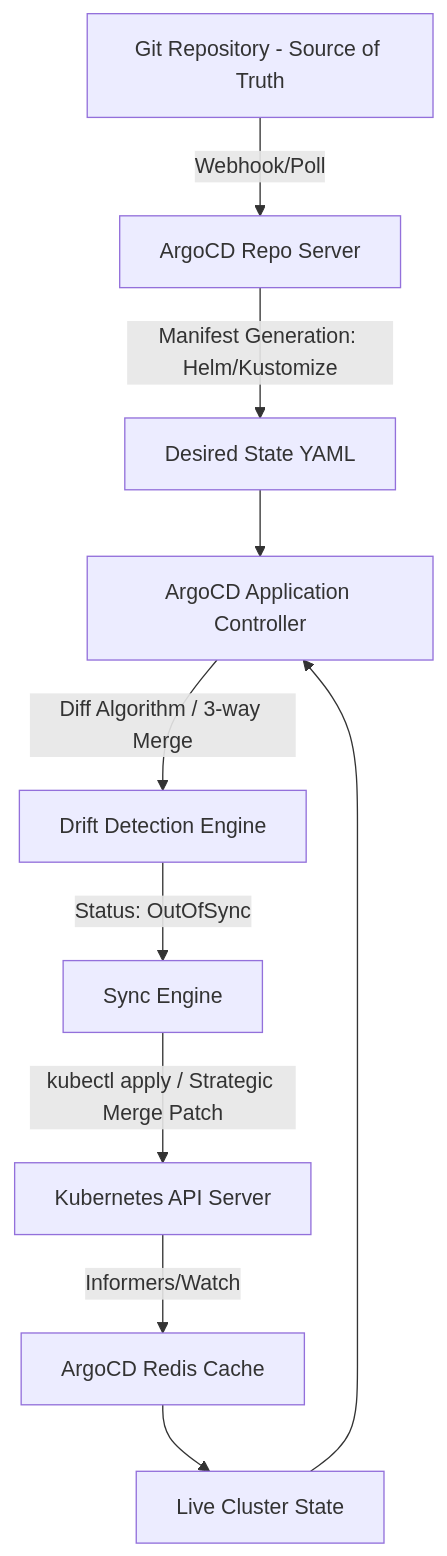
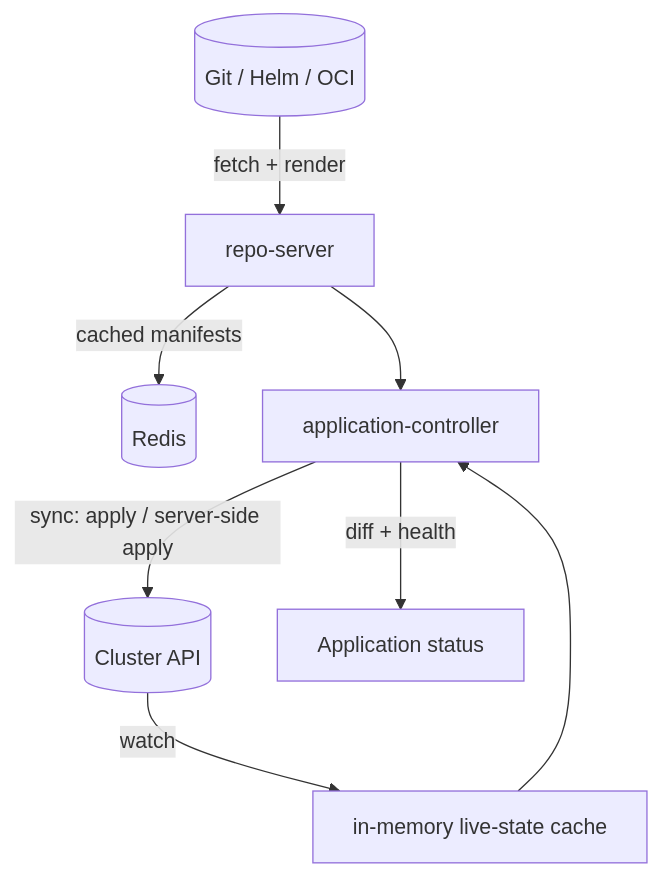
The diagram in skills/cloud-native/gitops/SKILL.md (j4flmao/agent-skills), drawn with Mermaid before and after one commit. The commit also changed other lines of this file and 1218 other files, not shown here.

````diff
--- a/skills/cloud-native/gitops/SKILL.md
+++ b/skills/cloud-native/gitops/SKILL.md
@@ -26,17 +50,10 @@
 ```mermaid
-%%{init: {"theme": "default", "flowchart": {"useMaxWidth": true}}}%%
 flowchart TD
-    GitRepo[Git Repository - Source of Truth] -->|Webhook/Poll| RepoServer[ArgoCD Repo Server]
-    RepoServer -->|Manifest Generation: Helm/Kustomize| DesiredState[Desired State YAML]
-    
-    K8sAPI[Kubernetes API Server] -->|Informers/Watch| RedisCache[ArgoCD Redis Cache]
-    RedisCache --> LiveState[Live Cluster State]
-    
-    DesiredState --> AppController[ArgoCD Application Controller]
-    LiveState --> AppController
-    
-    AppController -->|Diff Algorithm / 3-way Merge| DiffEngine[Drift Detection Engine]
-    DiffEngine -->|Status: OutOfSync| SyncEngine[Sync Engine]
-    
-    SyncEngine -->|kubectl apply / Strategic Merge Patch| K8sAPI
+  Git[(Git / Helm / OCI)] -->|fetch + render| Repo[repo-server]
+  Repo -->|cached manifests| Redis[(Redis)]
+  Repo --> Ctrl[application-controller]
+  K8s[(Cluster API)] -->|watch| Cache[in-memory live-state cache]
+  Cache --> Ctrl
+  Ctrl -->|diff + health| Status[Application status]
+  Ctrl -->|sync: apply / server-side apply| K8s
 ```
````
